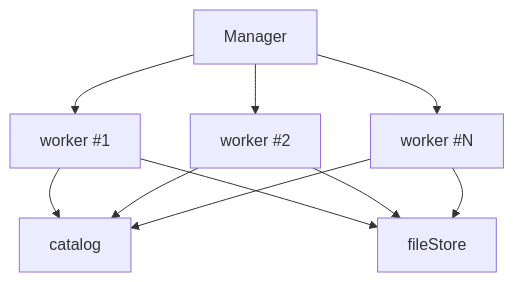
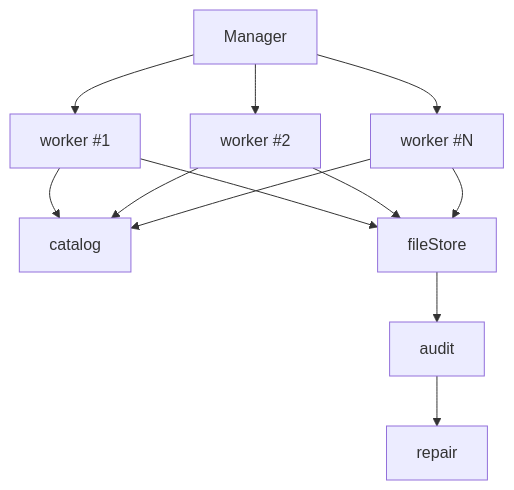
One commit to SimonMing47/BitTorrent changed the sixth of 7 diagrams in docs/compare-with-original.md. Above: the diagram before and after it, drawn with Mermaid. The commit also changed other lines of this file and 8 other files, not shown here.

Commit message:
Strengthen datacenter reliability flow

````diff
--- a/docs/compare-with-original.md
+++ b/docs/compare-with-original.md
@@ -274,12 +298,14 @@
 ```mermaid
 flowchart TB
     M["Manager"] --> W1["worker #1"]
     M --> W2["worker #2"]
     M --> WN["worker #N"]
     W1 --> C["catalog"]
     W2 --> C
     WN --> C
     W1 --> F["fileStore"]
     W2 --> F
     WN --> F
+    F --> A["audit"]
+    A --> R["repair"]
 ```
````
